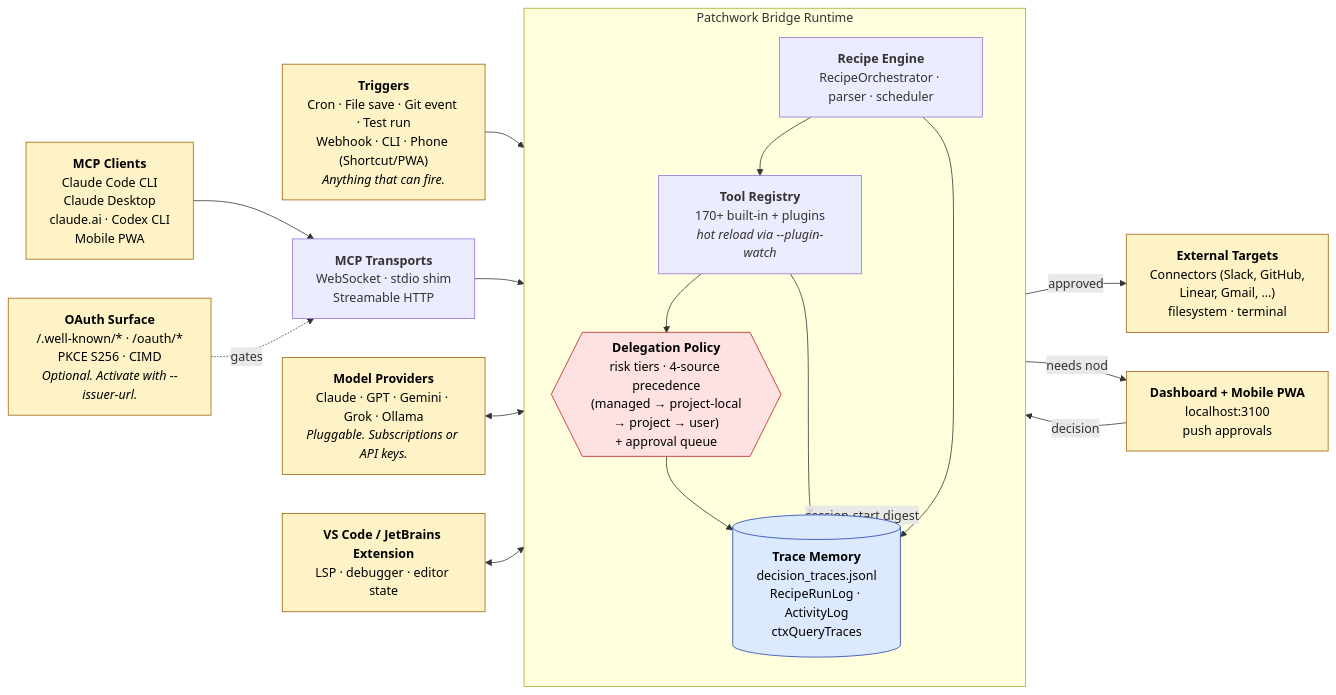
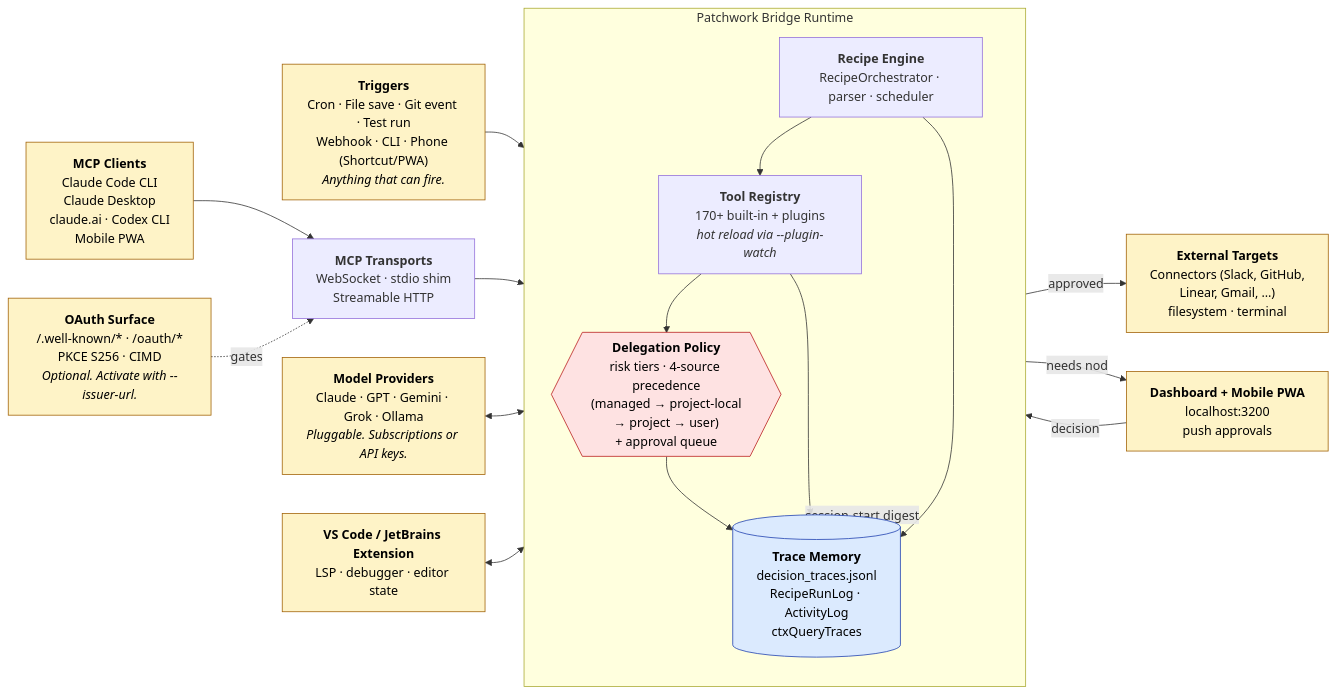
Before and after one commit to Oolab-labs/patchwork-os: the first of 2 diagrams in documents/architecture.md, drawn with Mermaid. The commit also changed 6 other files, not shown here.

````diff
--- a/documents/architecture.md
+++ b/documents/architecture.md
@@ -7,59 +7,59 @@
 ```mermaid
 flowchart LR
     %% External left side
     Models["<b>Model Providers</b><br/>Claude · GPT · Gemini · Grok · Ollama<br/><i>Pluggable. Subscriptions or API keys.</i>"]
     Triggers["<b>Triggers</b><br/>Cron · File save · Git event · Test run<br/>Webhook · CLI · Phone (Shortcut/PWA)<br/><i>Anything that can fire.</i>"]
     Extension["<b>VS Code / JetBrains Extension</b><br/>LSP · debugger · editor state"]
 
     %% MCP clients
     MCPClients["<b>MCP Clients</b><br/>Claude Code CLI<br/>Claude Desktop<br/>claude.ai · Codex CLI<br/>Mobile PWA"]
 
     %% Bridge runtime — the heart
     subgraph Bridge["Patchwork Bridge Runtime"]
         direction TB
         ToolRegistry["<b>Tool Registry</b><br/>170+ built-in + plugins<br/><i>hot reload via --plugin-watch</i>"]
         RecipeEngine["<b>Recipe Engine</b><br/>RecipeOrchestrator · parser · scheduler"]
         Policy{{"<b>Delegation Policy</b><br/>risk tiers · 4-source precedence<br/>(managed → project-local<br/>→ project → user)<br/>+ approval queue"}}
         Trace[("<b>Trace Memory</b><br/>decision_traces.jsonl<br/>RecipeRunLog · ActivityLog<br/>ctxQueryTraces")]
     end
 
     %% Right side
     Transports["<b>MCP Transports</b><br/>WebSocket · stdio shim<br/>Streamable HTTP"]
     OAuth["<b>OAuth Surface</b><br/>/.well-known/* · /oauth/*<br/>PKCE S256 · CIMD<br/><i>Optional. Activate with --issuer-url.</i>"]
-    Dashboard["<b>Dashboard + Mobile PWA</b><br/>localhost:3100<br/>push approvals"]
+    Dashboard["<b>Dashboard + Mobile PWA</b><br/>localhost:3200<br/>push approvals"]
     External["<b>External Targets</b><br/>Connectors (Slack, GitHub,<br/>Linear, Gmail, …)<br/>filesystem · terminal"]
 
     %% Inputs
     Triggers --> RecipeEngine
     MCPClients --> Transports
     Transports --> Bridge
     OAuth -. gates .-> Transports
 
     %% LLM round-trips
     Models <--> Bridge
 
     %% Tool dispatch — every outbound call passes through the policy gate
     RecipeEngine --> ToolRegistry
     ToolRegistry --> Policy
     Policy -- approved --> External
     Policy -- needs nod --> Dashboard
     Dashboard -- decision --> Policy
 
     %% Trace writes
     ToolRegistry --> Trace
     Policy --> Trace
     RecipeEngine --> Trace
 
     %% Trace reads
     Trace -. session-start digest .-> Bridge
 
     %% Extension
     Extension <--> Bridge
 
     classDef external fill:#fef3c7,stroke:#a16207,color:#000
     classDef gate fill:#fee2e2,stroke:#b91c1c,color:#000
     classDef store fill:#dbeafe,stroke:#1e40af,color:#000
     class Models,Triggers,MCPClients,Extension,External,Dashboard,OAuth external
     class Policy gate
     class Trace store
 ```
````
